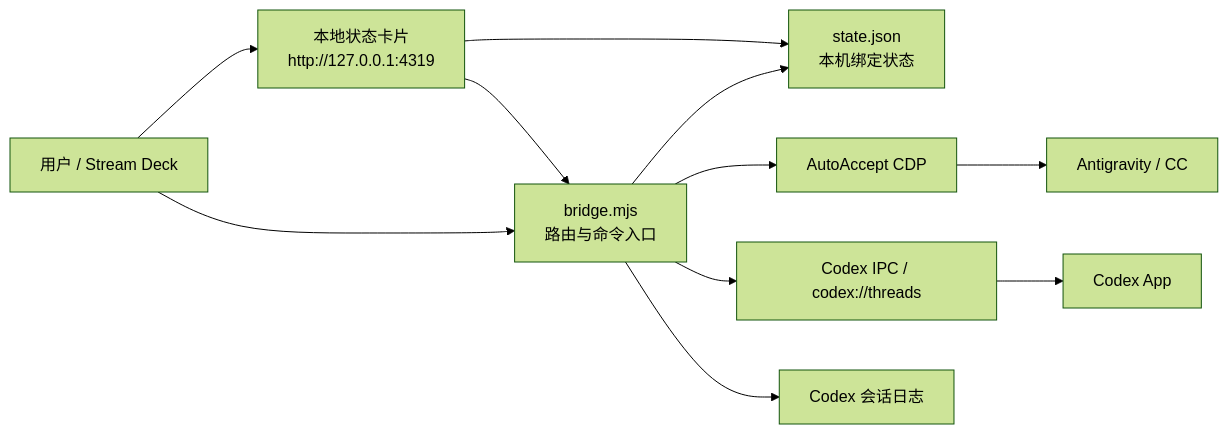
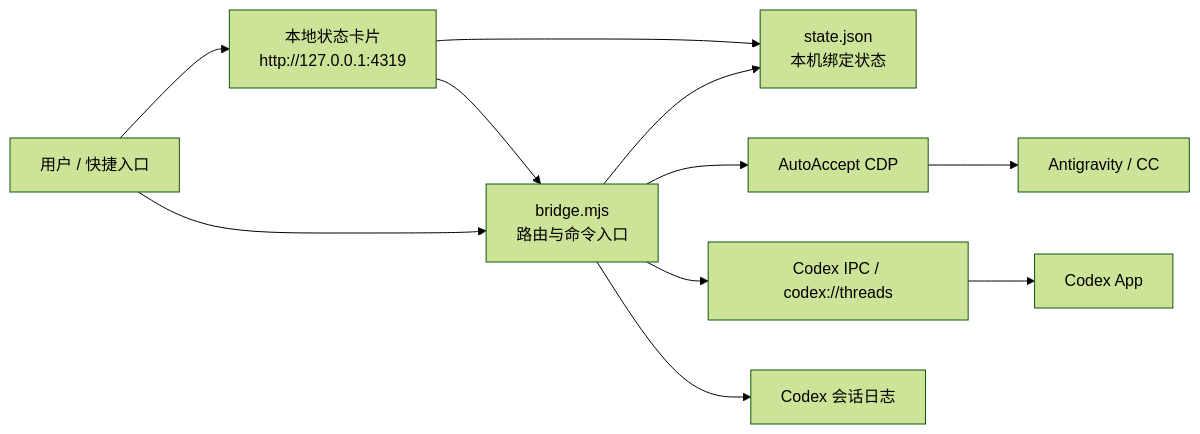
Before and after one commit to sefuzhou770801-hub/ag-pilot: the diagram in README.md, drawn with Mermaid (forest theme). The commit also changed other lines of this file and 2 other files, not shown here.

````diff
--- a/README.md
+++ b/README.md
@@ -15,23 +17,23 @@
 ```mermaid
 flowchart LR
-  Boss["用户 / Stream Deck"]
+  Boss["用户 / 快捷入口"]
   Card["本地状态卡片<br/>http://127.0.0.1:4319"]
   Bridge["bridge.mjs<br/>路由与命令入口"]
   State["state.json<br/>本机绑定状态"]
   AG["Antigravity / CC"]
   AA["AutoAccept CDP"]
   CodexApp["Codex App"]
   IPC["Codex IPC / codex://threads"]
   Logs["Codex 会话日志"]
 
   Boss --> Card
   Boss --> Bridge
   Card --> State
   Card --> Bridge
   Bridge --> State
   Bridge --> AA
   AA --> AG
   Bridge --> IPC
   IPC --> CodexApp
   Bridge --> Logs
 ```
````
